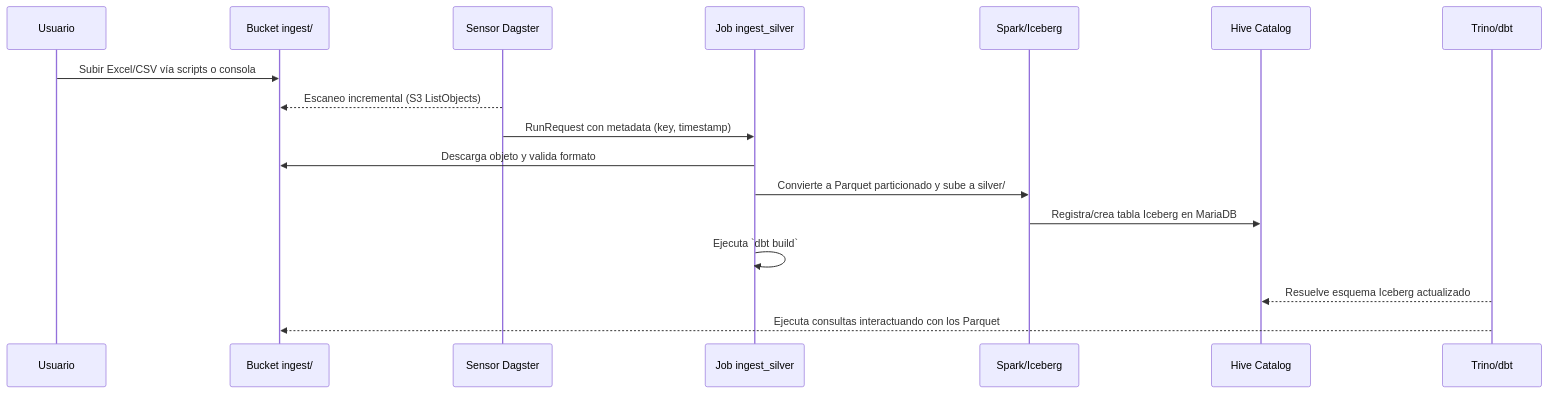
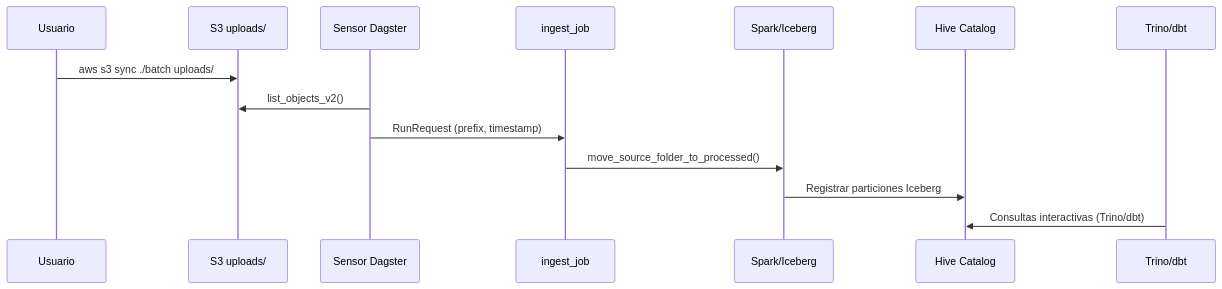
Before and after one commit to isarubio95/datalake: the second of 2 diagrams in README.md, drawn with Mermaid. The commit also changed other lines of this file, not shown here.

````diff
--- a/README.md
+++ b/README.md
@@ -110,20 +141,16 @@
 ```mermaid
 sequenceDiagram
   participant U as Usuario
-  participant S3 as Bucket ingest/
+  participant Upload as S3 uploads/
   participant Sen as Sensor Dagster
-  participant Job as Job ingest_silver
+  participant Job as ingest_job
   participant Sp as Spark/Iceberg
   participant Cat as Hive Catalog
   participant SQL as Trino/dbt
-
-  U->>S3: Subir Excel/CSV vía scripts o consola
-  Sen-->>S3: Escaneo incremental (S3 ListObjects)
-  Sen->>Job: RunRequest con metadata (key, timestamp)
-  Job->>S3: Descarga objeto y valida formato
-  Job->>Sp: Convierte a Parquet particionado y sube a silver/
-  Sp->>Cat: Registra/crea tabla Iceberg en MariaDB
-  Job->>Job: Ejecuta `dbt build`
-  SQL-->>Cat: Resuelve esquema Iceberg actualizado
-  SQL-->>S3: Ejecuta consultas interactuando con los Parquet
+  U->>Upload: aws s3 sync ./batch uploads/
+  Sen->>Upload: list_objects_v2()
+  Sen->>Job: RunRequest (prefix, timestamp)
+  Job->>Sp: move_source_folder_to_processed()
+  Sp->>Cat: Registrar particiones Iceberg
+  SQL->>Cat: Consultas interactivas (Trino/dbt)
 ```
````
